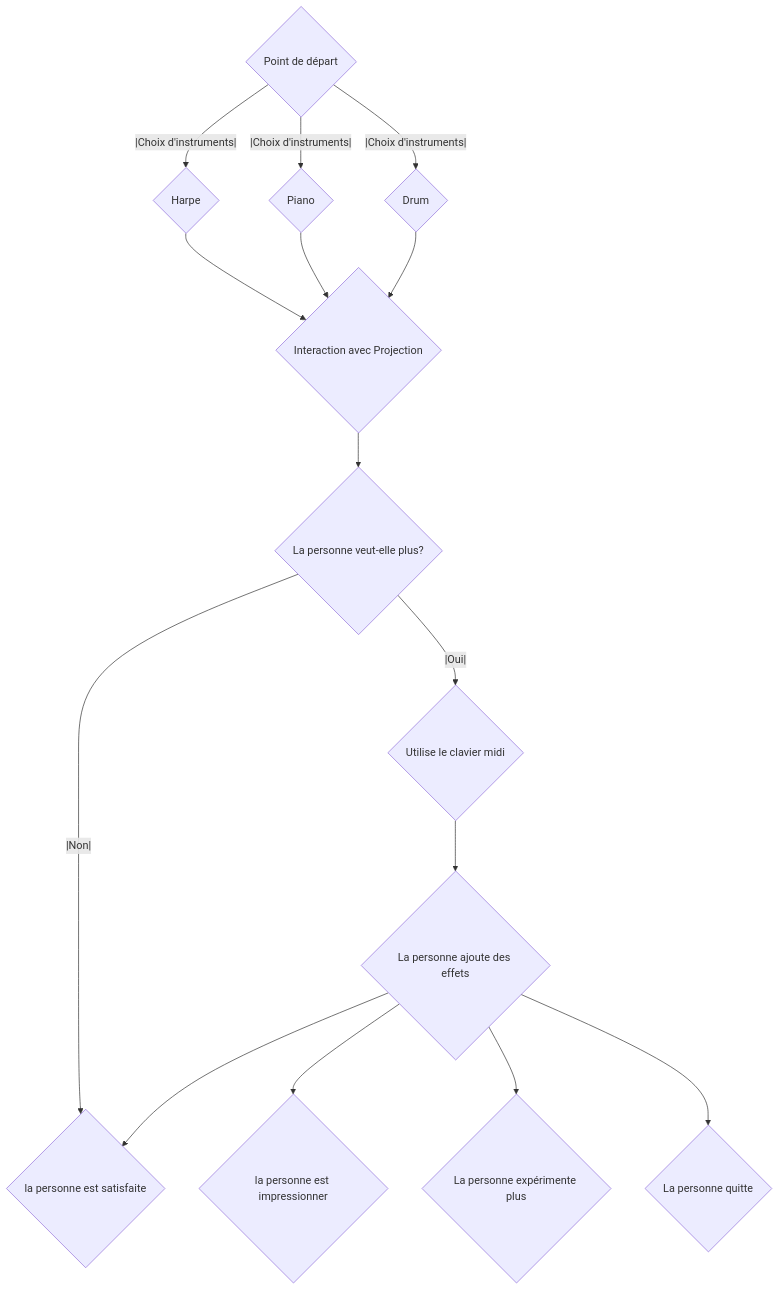
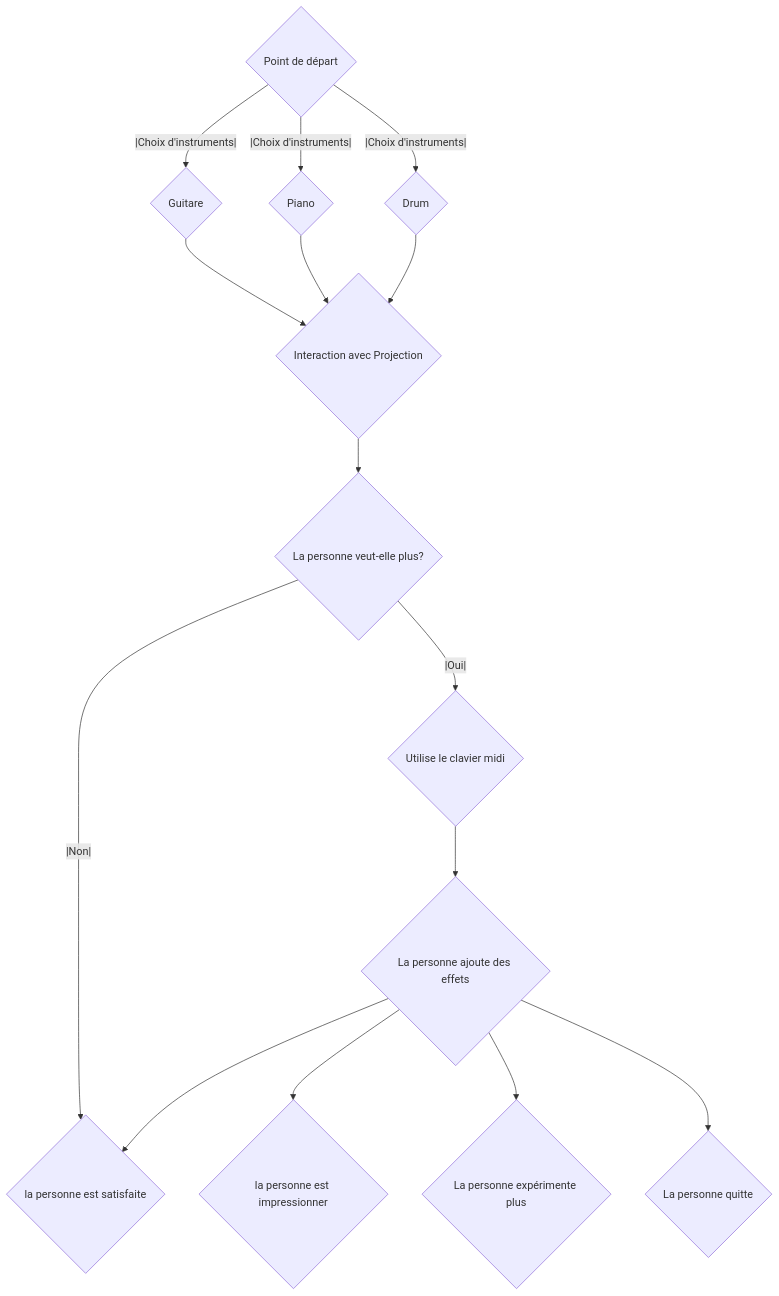
The second of 2 diagrams in README.md (Jxshvfx/joshua_presentation-02), drawn with Mermaid before and after one commit. The commit also changed other lines of this file, not shown here.

````diff
--- a/README.md
+++ b/README.md
@@ -29,10 +29,10 @@
 ```mermaid
 graph TD;
-    A{Point de départ}--|Choix d'instruments|-->B{Harpe} & C{Piano} & D{Drum};
-    B{Harpe} & C{Piano} & D{Drum}-->E{Interaction avec Projection};
+    A{Point de départ}--|Choix d'instruments|-->B{Guitare} & C{Piano} & D{Drum};
+    B{Guitare} & C{Piano} & D{Drum}-->E{Interaction avec Projection};
     E{Interaction avec Projection}-->F{La personne veut-elle plus?};
     F{La personne veut-elle plus?}--|Oui|-->G{Utilise le clavier midi};
     F{La personne veut-elle plus?}--|Non|-->I{la personne est satisfaite};
     G{Utilise le clavier midi}-->H{La personne ajoute des effets};
     H{La personne ajoute des effets}--> I{la personne est satisfaite} & J{la personne est impressionner} & K{La personne expérimente plus} & L{La personne quitte};
 ```
````
